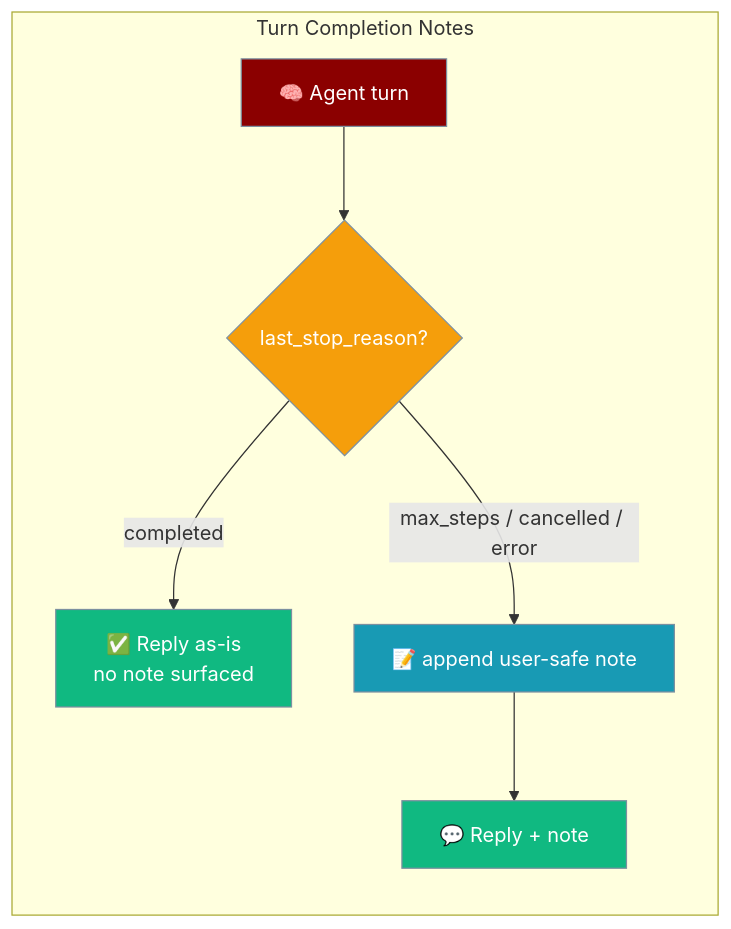
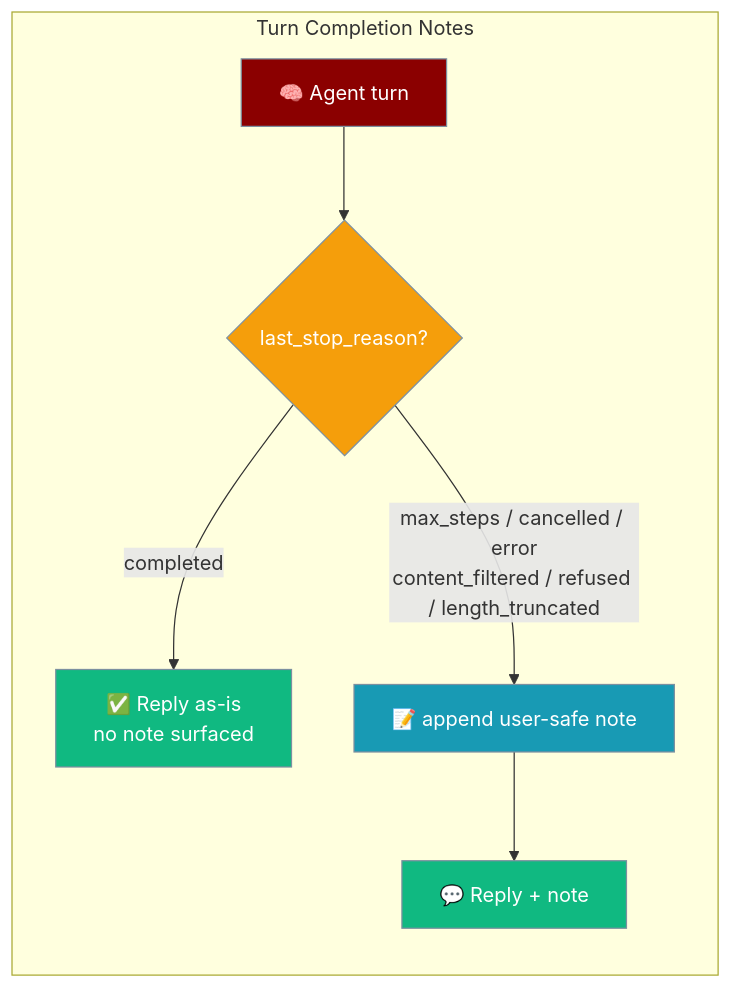
Before and after one commit to MervinPraison/PraisonAIDocs: the first of 2 diagrams in docs/features/gateway-turn-completion.mdx, drawn with Mermaid. The commit also changed other lines of this file and 10 other files, not shown here.

First line of the commit message:
docs: surface content_filtered / refused / length_truncated as terminal outcomes (fixes #3519)

````diff
--- a/docs/features/gateway-turn-completion.mdx
+++ b/docs/features/gateway-turn-completion.mdx
@@ -10,19 +10,19 @@
 ```mermaid
 graph LR
     subgraph "Turn Completion Notes"
         A[🧠 Agent turn] --> R{last_stop_reason?}
         R -->|completed| Clean[✅ Reply as-is<br/>no note surfaced]
-        R -->|max_steps / cancelled / error| Wrap[📝 append user-safe note]
+        R -->|max_steps / cancelled / error<br/>content_filtered / refused / length_truncated| Wrap[📝 append user-safe note]
         Wrap --> Out[💬 Reply + note]
     end
 
     classDef input fill:#8B0000,stroke:#7C90A0,color:#fff
     classDef decision fill:#F59E0B,stroke:#7C90A0,color:#fff
     classDef process fill:#189AB4,stroke:#7C90A0,color:#fff
     classDef result fill:#10B981,stroke:#7C90A0,color:#fff
 
     class A input
     class R decision
     class Wrap process
     class Clean,Out result
 ```
````
